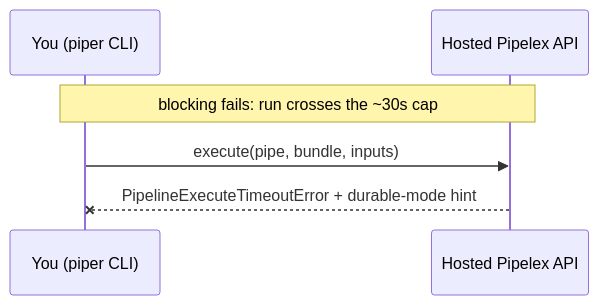
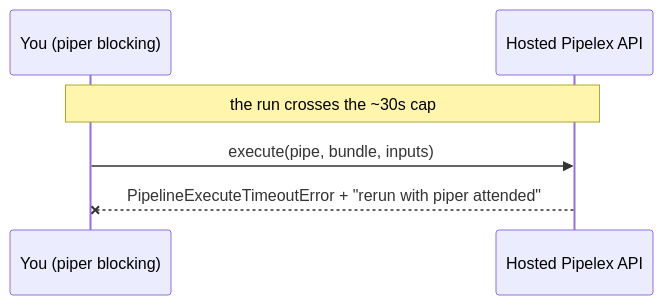
One commit to Pipelex/pipelex-starter-python changed the third of 5 diagrams in README.md. Above: the diagram before and after it, drawn with Mermaid. The commit also changed other lines of this file and 53 other files, not shown here.

First line of the commit message:
Codegen: typed clients, restructured CLI modes, detached durable runs (#62)

````diff
--- a/README.md
+++ b/README.md
@@ -177,8 +200,8 @@
 ```mermaid
 sequenceDiagram
-    participant U as You (piper CLI)
+    participant U as You (piper blocking)
     participant API as Hosted Pipelex API
-    Note over U,API: blocking fails: run crosses the ~30s cap
+    Note over U,API: the run crosses the ~30s cap
     U->>API: execute(pipe, bundle, inputs)
-    API--xU: PipelineExecuteTimeoutError + durable-mode hint
+    API--xU: PipelineExecuteTimeoutError + "rerun with piper attended"
 ```
````
